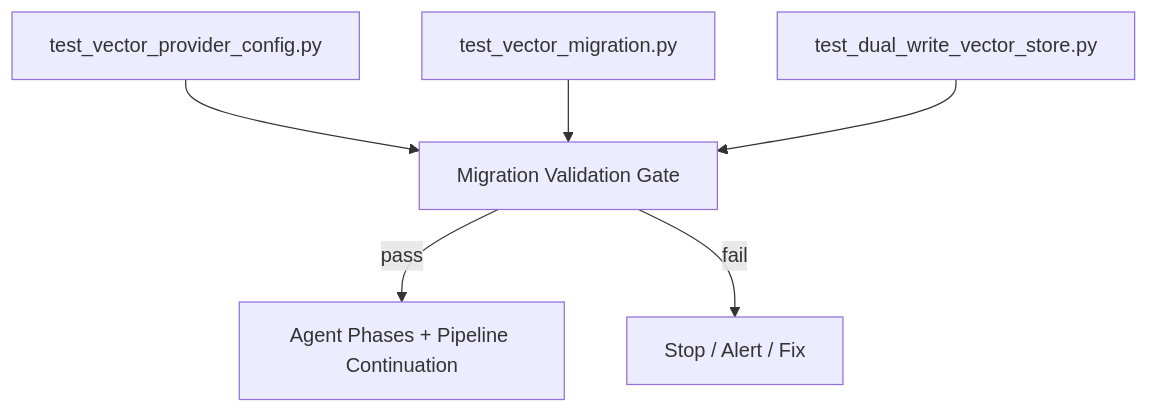
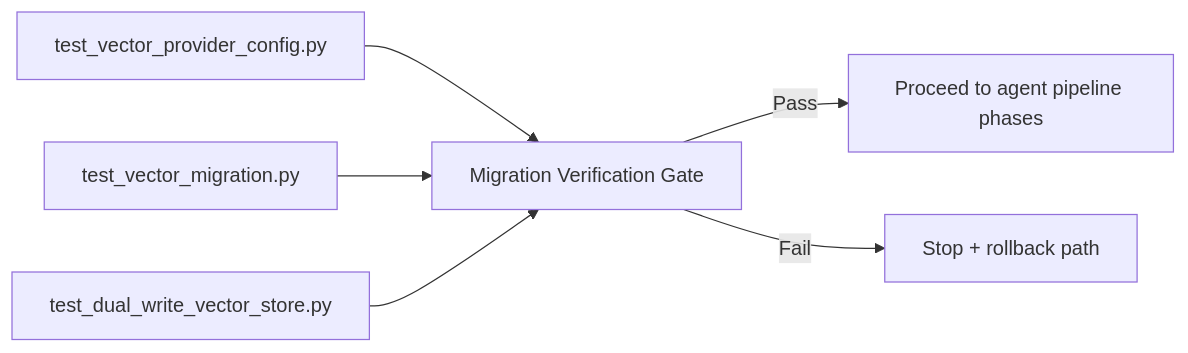
One commit to nhomyk/AgenticQA changed the second of 2 diagrams in AgenticQA/docs/MEDIUM_ARTICLE_VECTOR_DB_MIGRATION.md. Above: the diagram before and after it, drawn with Mermaid. The commit also changed other lines of this file, not shown here.

Commit message:
docs: replace article diagrams with practical copy/paste flow charts

````diff
--- a/AgenticQA/docs/MEDIUM_ARTICLE_VECTOR_DB_MIGRATION.md
+++ b/AgenticQA/docs/MEDIUM_ARTICLE_VECTOR_DB_MIGRATION.md
@@ -72,9 +60,8 @@
 ```mermaid
-flowchart TD
-	T1[test_vector_provider_config.py] --> G[Migration Validation Gate]
-	T2[test_vector_migration.py] --> G
-	T3[test_dual_write_vector_store.py] --> G
-
-	G -->|pass| A[Agent Phases + Pipeline Continuation]
-	G -->|fail| H[Stop / Alert / Fix]
+flowchart LR
+		T1[test_vector_provider_config.py] --> G[Migration Verification Gate]
+		T2[test_vector_migration.py] --> G
+		T3[test_dual_write_vector_store.py] --> G
+		G -->|Pass| P[Proceed to agent pipeline phases]
+		G -->|Fail| S[Stop + rollback path]
 ```
````
